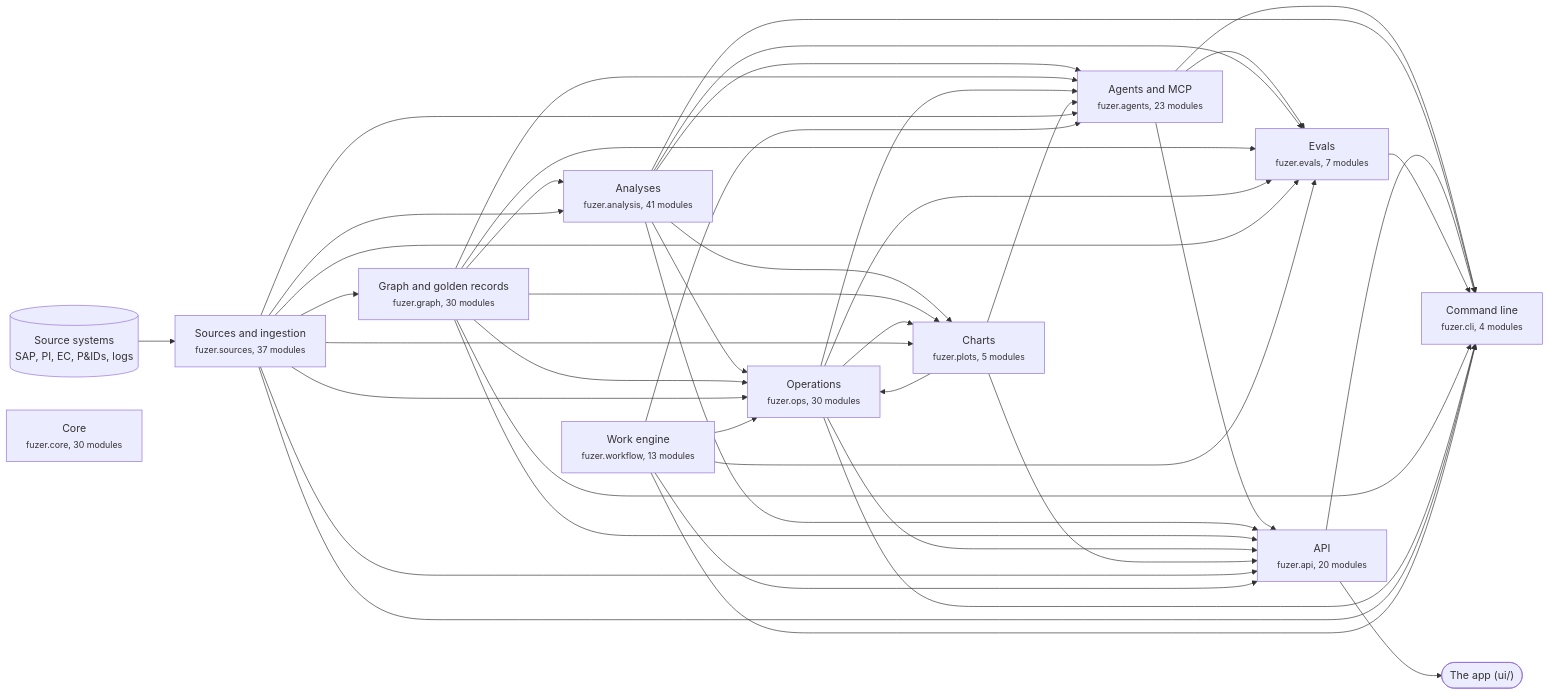
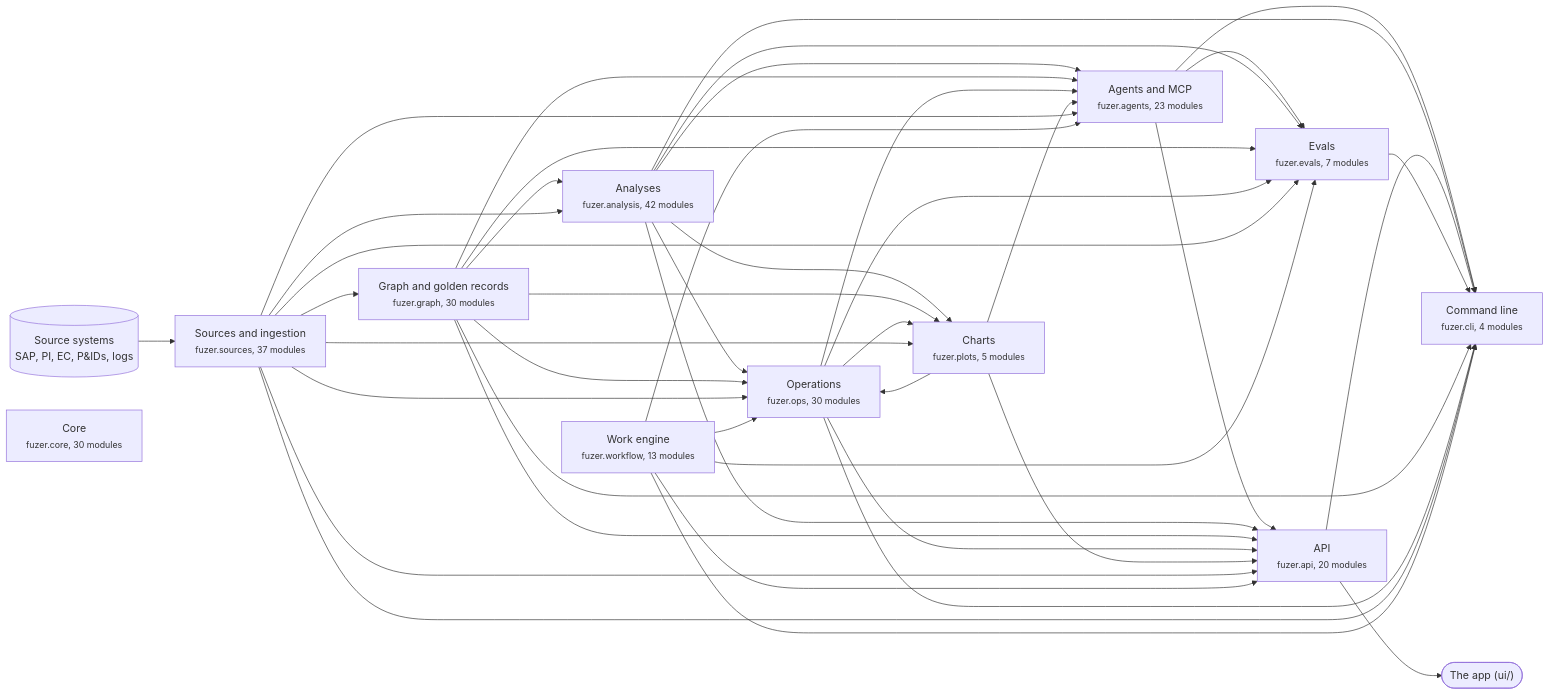
The first of 3 diagrams in docs/architecture.md (areed145/fuzer), drawn with Mermaid before and after one commit. The commit also changed other lines of this file and 11 other files, not shown here.

````diff
--- a/docs/architecture.md
+++ b/docs/architecture.md
@@ -8,67 +8,67 @@
 ```mermaid
 flowchart LR
   systems[("Source systems<br>SAP, PI, EC, P&IDs, logs")] --> c_sources
   app(["The app (ui/)"])
   c_api --> app
   c_sources["Sources and ingestion<br><small>fuzer.sources, 37 modules</small>"]
   c_graph["Graph and golden records<br><small>fuzer.graph, 30 modules</small>"]
-  c_analysis["Analyses<br><small>fuzer.analysis, 41 modules</small>"]
+  c_analysis["Analyses<br><small>fuzer.analysis, 42 modules</small>"]
   c_ops["Operations<br><small>fuzer.ops, 30 modules</small>"]
   c_plots["Charts<br><small>fuzer.plots, 5 modules</small>"]
   c_workflow["Work engine<br><small>fuzer.workflow, 13 modules</small>"]
   c_agents["Agents and MCP<br><small>fuzer.agents, 23 modules</small>"]
   c_evals["Evals<br><small>fuzer.evals, 7 modules</small>"]
   c_api["API<br><small>fuzer.api, 20 modules</small>"]
   c_cli["Command line<br><small>fuzer.cli, 4 modules</small>"]
   c_core["Core<br><small>fuzer.core, 30 modules</small>"]
   c_sources --> c_graph
   c_graph --> c_analysis
   c_sources --> c_analysis
   c_analysis --> c_ops
   c_graph --> c_ops
   c_plots --> c_ops
   c_sources --> c_ops
   c_workflow --> c_ops
   c_analysis --> c_plots
   c_graph --> c_plots
   c_ops --> c_plots
   c_sources --> c_plots
   c_analysis --> c_agents
   c_graph --> c_agents
   c_ops --> c_agents
   c_plots --> c_agents
   c_sources --> c_agents
   c_workflow --> c_agents
   c_agents --> c_evals
   c_analysis --> c_evals
   c_graph --> c_evals
   c_ops --> c_evals
   c_sources --> c_evals
   c_workflow --> c_evals
   c_agents --> c_api
   c_analysis --> c_api
   c_graph --> c_api
   c_ops --> c_api
   c_plots --> c_api
   c_sources --> c_api
   c_workflow --> c_api
   c_agents --> c_cli
   c_analysis --> c_cli
   c_api --> c_cli
   c_evals --> c_cli
   c_graph --> c_cli
   c_ops --> c_cli
   c_sources --> c_cli
   c_workflow --> c_cli
   click c_sources "https://github.com/areed145/fuzer/tree/main/src/fuzer/sources"
   click c_graph "https://github.com/areed145/fuzer/tree/main/src/fuzer/graph"
   click c_analysis "https://github.com/areed145/fuzer/tree/main/src/fuzer/analysis"
   click c_ops "https://github.com/areed145/fuzer/tree/main/src/fuzer/ops"
   click c_plots "https://github.com/areed145/fuzer/tree/main/src/fuzer/plots"
   click c_workflow "https://github.com/areed145/fuzer/tree/main/src/fuzer/workflow"
   click c_agents "https://github.com/areed145/fuzer/tree/main/src/fuzer/agents"
   click c_evals "https://github.com/areed145/fuzer/tree/main/src/fuzer/evals"
   click c_api "https://github.com/areed145/fuzer/tree/main/src/fuzer/api"
   click c_cli "https://github.com/areed145/fuzer/tree/main/src/fuzer/cli"
   click c_core "https://github.com/areed145/fuzer/tree/main/src/fuzer/core"
 ```
````
